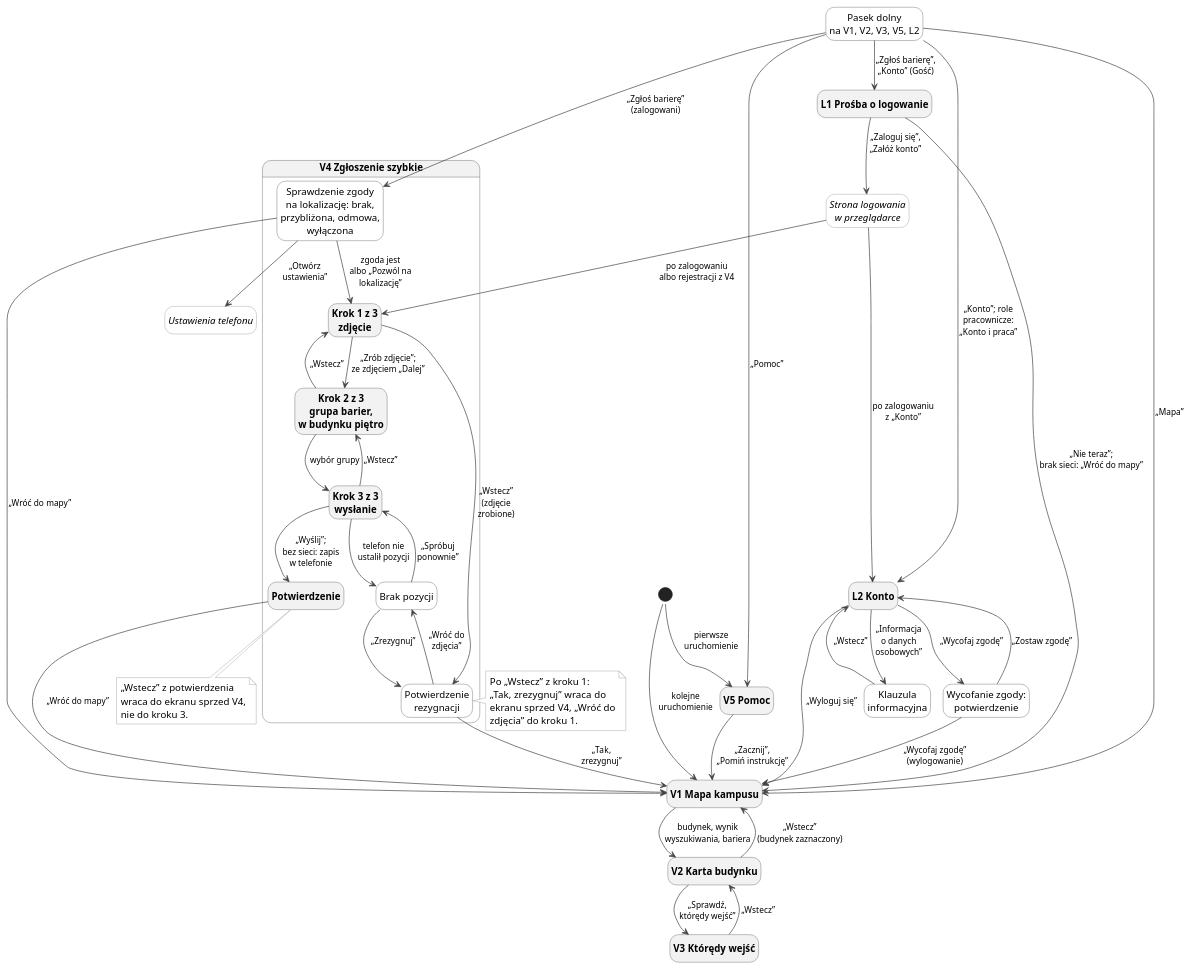
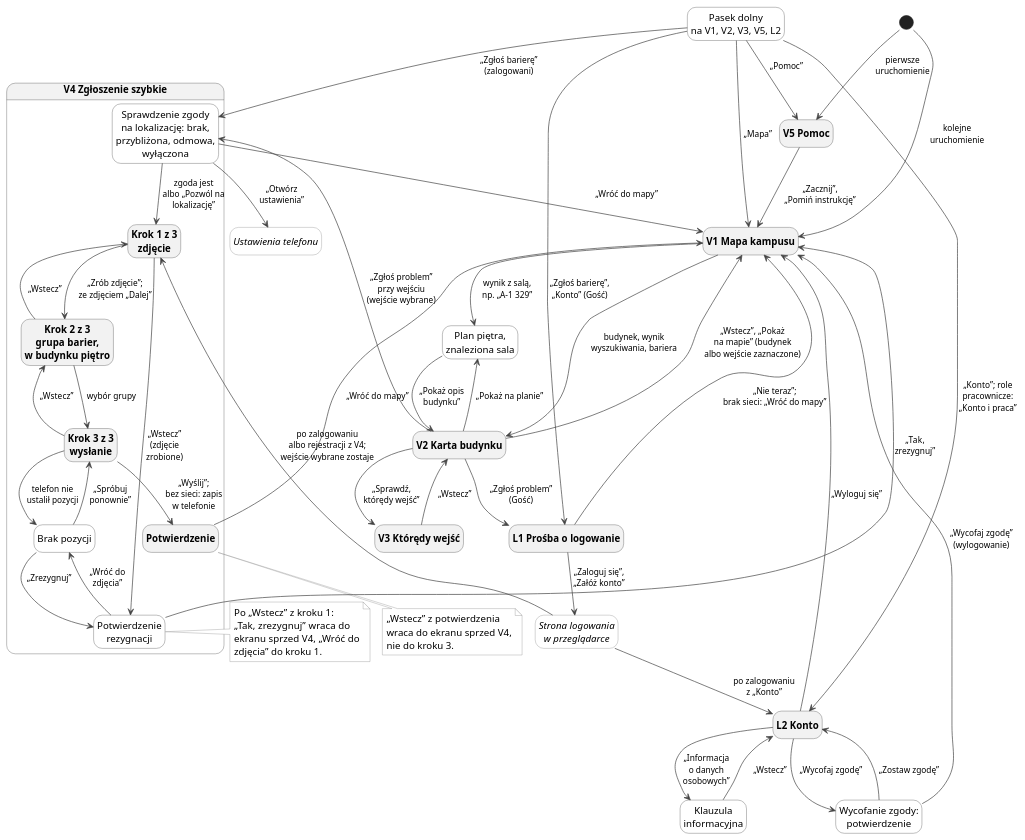
One commit to dostepny-kampus/dostepny-kampus changed the diagram in docs/docs/ux/nawigacja-odwiedzajacy.puml. Above: the diagram before and after it, drawn with PlantUML. The commit also changed 4 other files, not shown here.

```diff
--- a/docs/docs/ux/nawigacja-odwiedzajacy.puml
+++ b/docs/docs/ux/nawigacja-odwiedzajacy.puml
@@ -1,103 +1,109 @@
 @startuml
 !pragma layout smetana
 hide empty description
 skinparam defaultFontSize 14
 skinparam ArrowColor #444444
 skinparam ArrowFontSize 12
 skinparam state {
   BackgroundColor #F2F2F2
   BorderColor #444444
   FontStyle bold
 }
 skinparam state<<poza>> {
   BackgroundColor #FFFFFF
   BorderColor #888888
   FontStyle italic
 }
 skinparam state<<stan>> {
   BackgroundColor #FFFFFF
   BorderColor #444444
   FontStyle normal
 }
 skinparam note {
   BackgroundColor #FFFFFF
   BorderColor #888888
 }
 
 state "V5 Pomoc" as V5
 state "V1 Mapa kampusu" as V1
+state "Plan piętra,\nznaleziona sala" as PLAN <<stan>>
 state "V2 Karta budynku" as V2
 state "V3 Którędy wejść" as V3
 state "Pasek dolny\nna V1, V2, V3, V5, L2" as PASEK <<stan>>
 state "L1 Prośba o logowanie" as L1
 state "L2 Konto" as L2
 state "Klauzula\ninformacyjna" as KL <<stan>>
 state "Wycofanie zgody:\npotwierdzenie" as WZ <<stan>>
 state "Strona logowania\nw przeglądarce" as WWW <<poza>>
 state "Ustawienia telefonu" as UST <<poza>>
 
 state "V4 Zgłoszenie szybkie" as V4 {
   state "Sprawdzenie zgody\nna lokalizację: brak,\nprzybliżona, odmowa,\nwyłączona" as ZG <<stan>>
   state "Krok 1 z 3\nzdjęcie" as K1
   state "Krok 2 z 3\ngrupa barier,\nw budynku piętro" as K2
   state "Krok 3 z 3\nwysłanie" as K3
   state "Brak pozycji" as BP <<stan>>
   state "Potwierdzenie\nrezygnacji" as PR <<stan>>
   state "Potwierdzenie" as POT
 }
 
 [*] --> V5 : pierwsze\nuruchomienie
 [*] --> V1 : kolejne\nuruchomienie
 V5 --> V1 : „Zacznij”,\n„Pomiń instrukcję”
 V1 --> V2 : budynek, wynik\nwyszukiwania, bariera
-V2 --> V1 : „Wstecz”\n(budynek zaznaczony)
+V2 --> V1 : „Wstecz”, „Pokaż\nna mapie” (budynek\nalbo wejście zaznaczone)
 V2 --> V3 : „Sprawdź,\nktórędy wejść”
 V3 --> V2 : „Wstecz”
+V1 --> PLAN : wynik z salą,\nnp. „A-1 329”
+V2 --> PLAN : „Pokaż na planie”
+PLAN --> V2 : „Pokaż opis\nbudynku”
+V2 --> ZG : „Zgłoś problem”\nprzy wejściu\n(wejście wybrane)
+V2 --> L1 : „Zgłoś problem”\n(Gość)
 
 PASEK --> V1 : „Mapa”
 PASEK --> V5 : „Pomoc”
 PASEK --> ZG : „Zgłoś barierę”\n(zalogowani)
 PASEK --> L1 : „Zgłoś barierę”,\n„Konto” (Gość)
 PASEK --> L2 : „Konto”; role\npracownicze:\n„Konto i praca”
 
 ZG --> K1 : zgoda jest\nalbo „Pozwól na\nlokalizację”
 ZG --> UST : „Otwórz\nustawienia”
 ZG --> V1 : „Wróć do mapy”
 K1 --> K2 : „Zrób zdjęcie”;\nze zdjęciem „Dalej”
 K2 --> K3 : wybór grupy
 K2 --> K1 : „Wstecz”
 K1 --> PR : „Wstecz”\n(zdjęcie\nzrobione)
 K3 --> K2 : „Wstecz”
 K3 --> POT : „Wyślij”;\nbez sieci: zapis\nw telefonie
 K3 --> BP : telefon nie\nustalił pozycji
 BP --> K3 : „Spróbuj\nponownie”
 BP --> PR : „Zrezygnuj”
 PR --> BP : „Wróć do\nzdjęcia”
 PR --> V1 : „Tak,\nzrezygnuj”
 POT --> V1 : „Wróć do mapy”
 
 L1 --> WWW : „Zaloguj się”,\n„Załóż konto”
-WWW --> K1 : po zalogowaniu\nalbo rejestracji z V4
+WWW --> K1 : po zalogowaniu\nalbo rejestracji z V4;\nwejście wybrane zostaje
 WWW --> L2 : po zalogowaniu\nz „Konto”
 L1 --> V1 : „Nie teraz”;\nbrak sieci: „Wróć do mapy”
 
 L2 --> V1 : „Wyloguj się”
 L2 --> WZ : „Wycofaj zgodę”
 WZ --> L2 : „Zostaw zgodę”
 WZ --> V1 : „Wycofaj zgodę”\n(wylogowanie)
 L2 --> KL : „Informacja\no danych\nosobowych”
 KL --> L2 : „Wstecz”
 
 note right of PR
   Po „Wstecz” z kroku 1:
   „Tak, zrezygnuj” wraca do
   ekranu sprzed V4, „Wróć do
   zdjęcia” do kroku 1.
 end note
 
 note bottom of POT
   „Wstecz” z potwierdzenia
   wraca do ekranu sprzed V4,
   nie do kroku 3.
 end note
 @enduml
```
